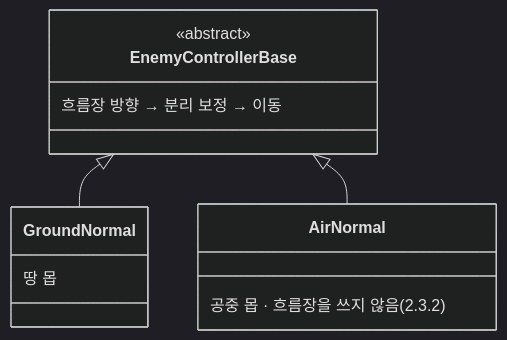
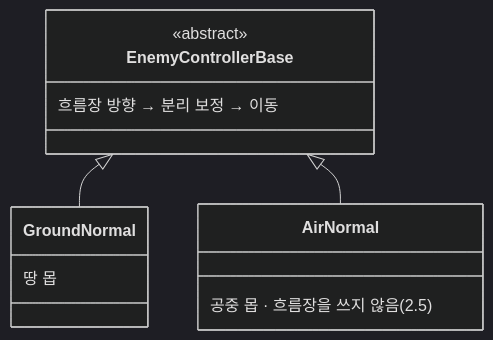
Before and after one commit to NaJungWon/portfolio: the third of 14 diagrams in src/01-project3d/기술문서.md, drawn with Mermaid (dark theme). The commit also changed other lines of this file and 30 other files, not shown here.

````diff
--- a/src/01-project3d/기술문서.md
+++ b/src/01-project3d/기술문서.md
@@ -270,11 +215,11 @@
 ```mermaid
 classDiagram
     class EnemyControllerBase {
         <<abstract>>
         흐름장 방향 → 분리 보정 → 이동
     }
     class GroundNormal { 땅 몹 }
-    class AirNormal { 공중 몹 · 흐름장을 쓰지 않음 (2.3.2) }
+    class AirNormal { 공중 몹 · 흐름장을 쓰지 않음 (2.5) }
     EnemyControllerBase <|-- GroundNormal
     EnemyControllerBase <|-- AirNormal
 ```
````
